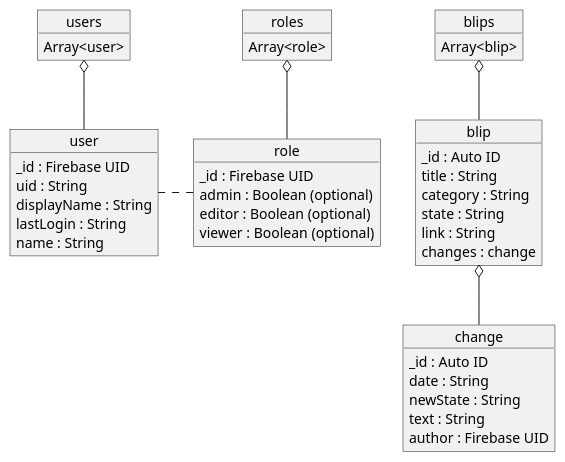
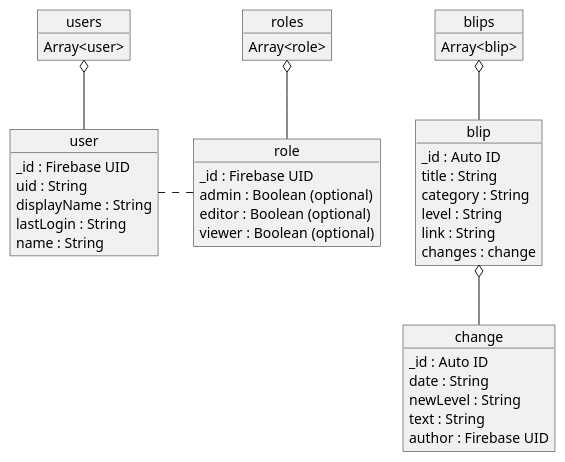
One commit to devradar/devradar changed the diagram in assets/firestore.puml. Above: the diagram before and after it, drawn with PlantUML. The commit also changed 27 other files, not shown here.

```diff
--- a/assets/firestore.puml
+++ b/assets/firestore.puml
@@ -1,51 +1,51 @@
 @startuml firestore_schema
 
 object users
 users : Array<user>
 
 object "user" as user
 user : _id : Firebase UID
 user : uid : String
 user : displayName : String
 user : lastLogin : String
 user : name : String
 
 users o-- user
 
 
 object roles
 roles : Array<role>
 
 object "role" as role
 role : _id : Firebase UID
 role : admin : Boolean (optional)
 role : editor : Boolean (optional)
 role : viewer : Boolean (optional)
 
 roles o-- role
 role .left. user
 
 
 object blips
 blips : Array<blip>
 
 object blip
 blip : _id : Auto ID
 blip : title : String
 blip : category : String
-blip : state : String
+blip : level : String
 blip : link : String
 blip : changes : change
 
 blips o-- blip
 
 object change
 change : _id : Auto ID
 change : date : String
-change : newState : String
+change : newLevel : String
 change : text : String
 change : author : Firebase UID
 
 blip o-- change
 
 @enduml
```
